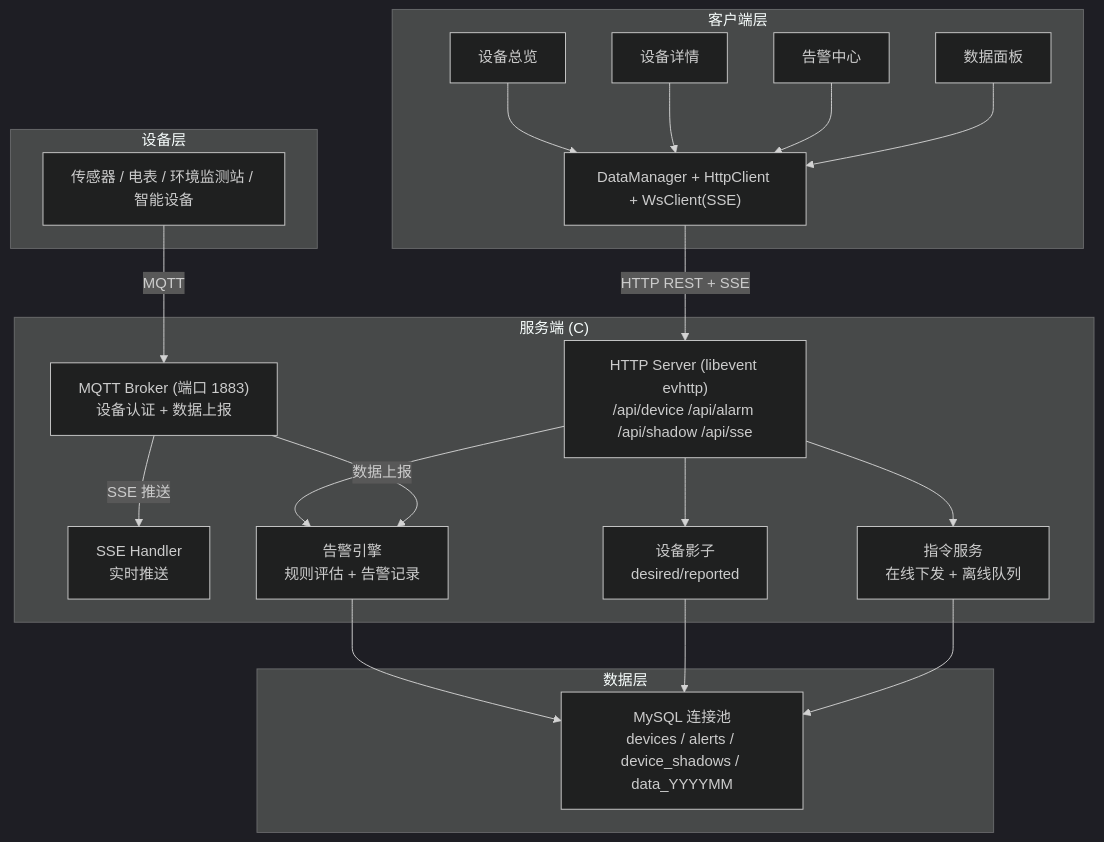
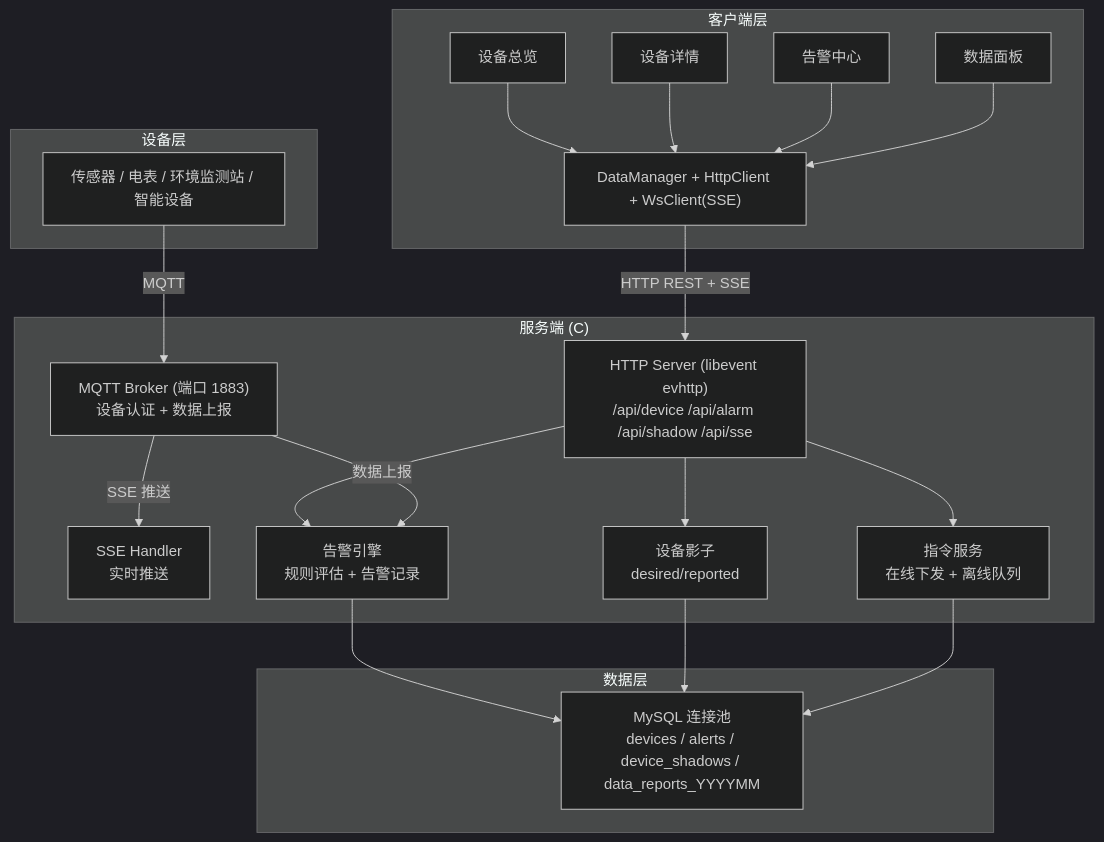
The first of 3 diagrams in docs/E2_技术方案文档.md (Lab0x-Embedded/iotsystem), drawn with Mermaid (dark theme) before and after one commit. The commit also changed other lines of this file and 4 other files, not shown here.

Commit message:
fix(docs): update table naming convention from data_YYYYMM to data_reports_YYYYMM

````diff
--- a/docs/E2_技术方案文档.md
+++ b/docs/E2_技术方案文档.md
@@ -28,35 +28,35 @@
 ```mermaid
 graph TB
     subgraph Client["客户端层"]
         P1["设备总览"]
         P2["设备详情"]
         P3["告警中心"]
         P4["数据面板"]
         DM["DataManager + HttpClient + WsClient(SSE)"]
         P1 & P2 & P3 & P4 --> DM
     end
 
     subgraph Server["服务端 (C)"]
         HTTP["HTTP Server (libevent evhttp)<br/>/api/device /api/alarm /api/shadow /api/sse"]
         MQTT["MQTT Broker (端口 1883)<br/>设备认证 + 数据上报"]
         SSE["SSE Handler<br/>实时推送"]
         ALARM["告警引擎<br/>规则评估 + 告警记录"]
         SHADOW["设备影子<br/>desired/reported"]
         CMD["指令服务<br/>在线下发 + 离线队列"]
     end
 
     subgraph Data["数据层"]
-        DB["MySQL 连接池<br/>devices / alerts / device_shadows / data_YYYYMM"]
+        DB["MySQL 连接池<br/>devices / alerts / device_shadows / data_reports_YYYYMM"]
     end
 
     subgraph Devices["设备层"]
         Dev["传感器 / 电表 / 环境监测站 / 智能设备"]
     end
 
     DM -->|"HTTP REST + SSE"| HTTP
     Dev -->|"MQTT"| MQTT
     HTTP --> ALARM & SHADOW & CMD
     MQTT -->|"数据上报"| ALARM
     MQTT -->|"SSE 推送"| SSE
     ALARM & SHADOW & CMD --> DB
 ```
````
